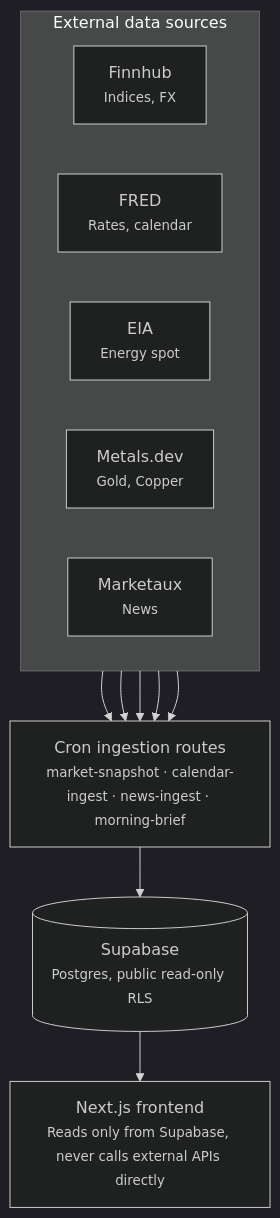
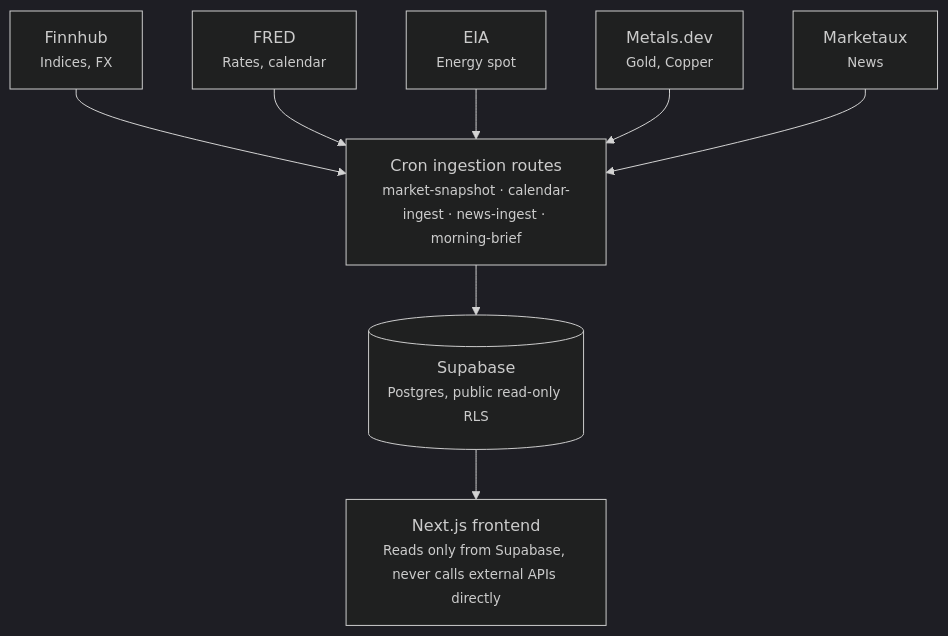
The diagram in README.md (NimmyFanimi/Atlas-Intelligence), drawn with Mermaid (dark theme) before and after one commit. The commit also changed other lines of this file, not shown here.

````diff
--- a/README.md
+++ b/README.md
@@ -35,23 +35,20 @@
 ```mermaid
 flowchart TB
-    subgraph sources["External data sources"]
-        direction LR
-        finnhub["Finnhub<br/><small>Indices, FX</small>"]
-        fred["FRED<br/><small>Rates, calendar</small>"]
-        eia["EIA<br/><small>Energy spot</small>"]
-        metals["Metals.dev<br/><small>Gold, Copper</small>"]
-        marketaux["Marketaux<br/><small>News</small>"]
-    end
+    finnhub["Finnhub<br/><small>Indices, FX</small>"]
+    fred["FRED<br/><small>Rates, calendar</small>"]
+    eia["EIA<br/><small>Energy spot</small>"]
+    metals["Metals.dev<br/><small>Gold, Copper</small>"]
+    marketaux["Marketaux<br/><small>News</small>"]
 
     cron["Cron ingestion routes<br/><small>market-snapshot · calendar-ingest · news-ingest · morning-brief</small>"]
     supabase[("Supabase<br/><small>Postgres, public read-only RLS</small>")]
     frontend["Next.js frontend<br/><small>Reads only from Supabase, never calls external APIs directly</small>"]
 
     finnhub --> cron
     fred --> cron
     eia --> cron
     metals --> cron
     marketaux --> cron
     cron --> supabase
     supabase --> frontend
 ```
````
